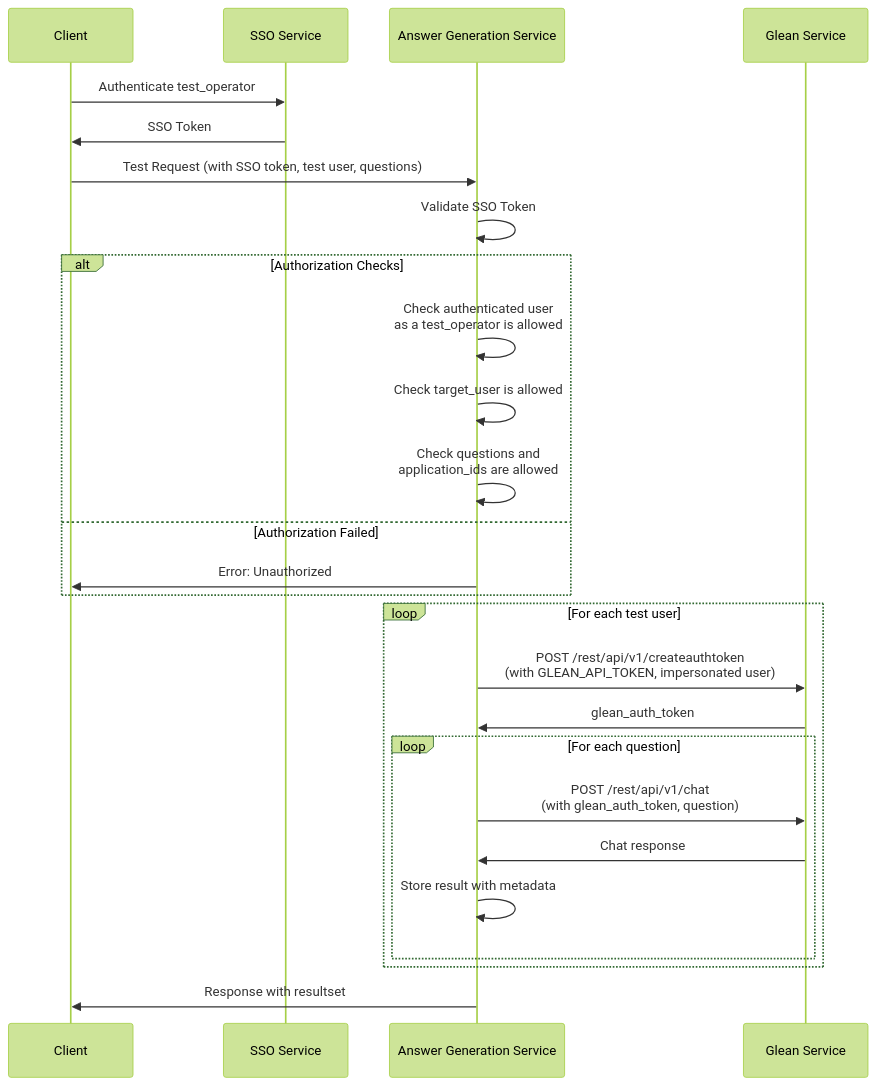
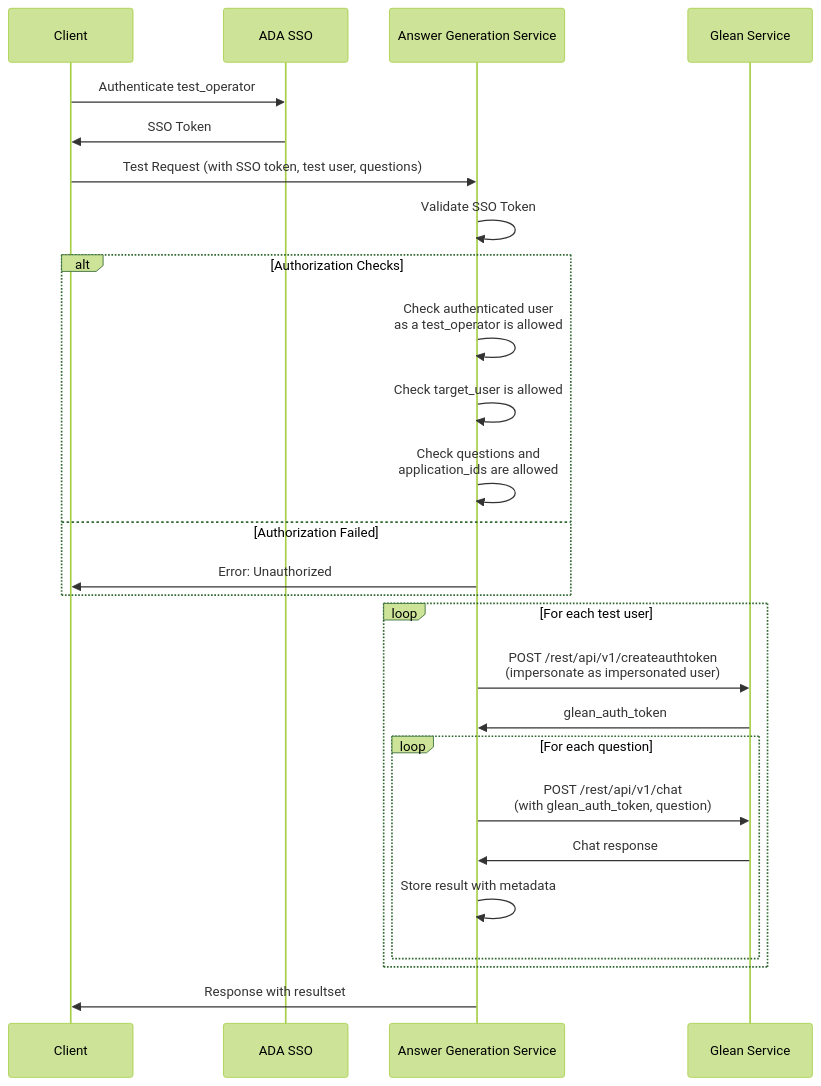
Before and after one commit to andrewhzy/test-automation: the second of 2 diagrams in test-automation-architecture.md, drawn with Mermaid (forest theme). The commit also changed other lines of this file and 1 other file, not shown here.

Commit message:
updated test-automation-architecture.md to reflect the new ADA SSO service name and remove references to the old SSO service.

````diff
--- a/test-automation-architecture.md
+++ b/test-automation-architecture.md
@@ -49,32 +49,32 @@
 ```mermaid
 sequenceDiagram
     participant C as Client
-    participant SSO as SSO Service
+    participant SSO as ADA SSO
     participant TA as Answer Generation Service
     participant G as Glean Service
     
     C->>SSO: Authenticate test_operator
     SSO->>C: SSO Token
     C->>TA: Test Request (with SSO token, test user, questions)
     TA->>TA: Validate SSO Token
     
     alt Authorization Checks
         TA->>TA: Check authenticated user <br/>as a test_operator is allowed
         TA->>TA: Check target_user is allowed
         TA->>TA: Check questions and <br/>application_ids are allowed
     else Authorization Failed
         TA->>C: Error: Unauthorized
     end
     
     loop For each test user
-        TA->>G: POST /rest/api/v1/createauthtoken <br/>(with GLEAN_API_TOKEN, impersonated user)
+        TA->>G: POST /rest/api/v1/createauthtoken <br/>(impersonate as impersonated user)
         G->>TA: glean_auth_token
         loop For each question
             TA->>G: POST /rest/api/v1/chat<br/> (with glean_auth_token, question)
             G->>TA: Chat response
             TA->>TA: Store result with metadata
         end
     end
 
     TA->>C: Response with resultset
 ```
````
